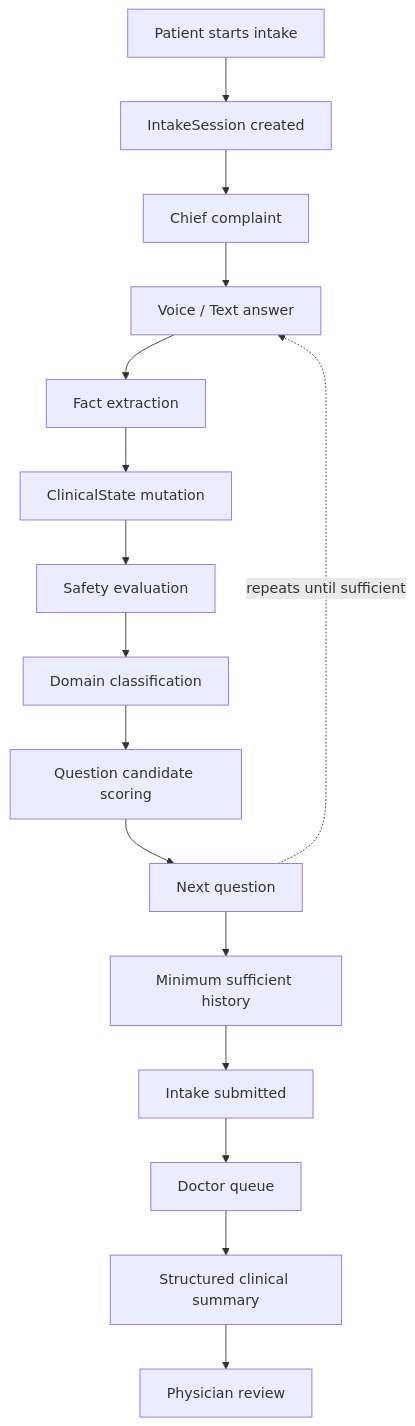
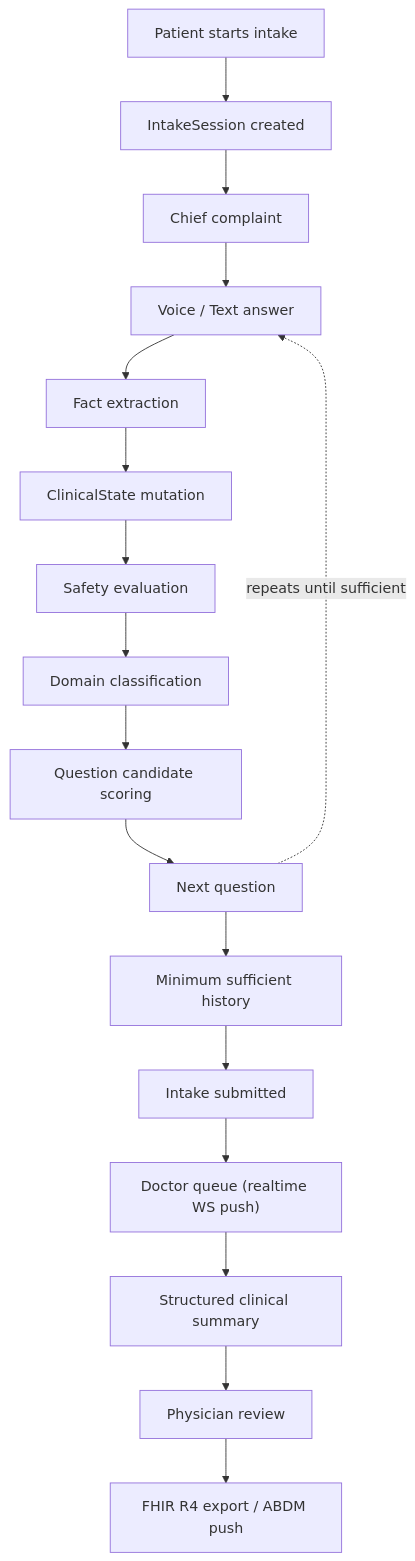
Diagram 11 of 15 in README.md (OmkarD09/SwasthyaVaani), drawn with Mermaid before and after one commit. The commit also changed other lines of this file and 16 other files, not shown here.

````diff
--- a/README.md
+++ b/README.md
@@ -386,18 +577,19 @@
 ```mermaid
 flowchart TD
     A[Patient starts intake] --> B[IntakeSession created]
     B --> C[Chief complaint]
     C --> D["Voice / Text answer"]
     D --> E[Fact extraction]
     E --> F[ClinicalState mutation]
     F --> G[Safety evaluation]
     G --> H[Domain classification]
     H --> I[Question candidate scoring]
     I --> J[Next question]
     J -.repeats until sufficient.-> D
     J --> K[Minimum sufficient history]
     K --> L[Intake submitted]
-    L --> M[Doctor queue]
+    L --> M["Doctor queue (realtime WS push)"]
     M --> N[Structured clinical summary]
     N --> O[Physician review]
+    O --> P["FHIR R4 export / ABDM push"]
 ```
````
